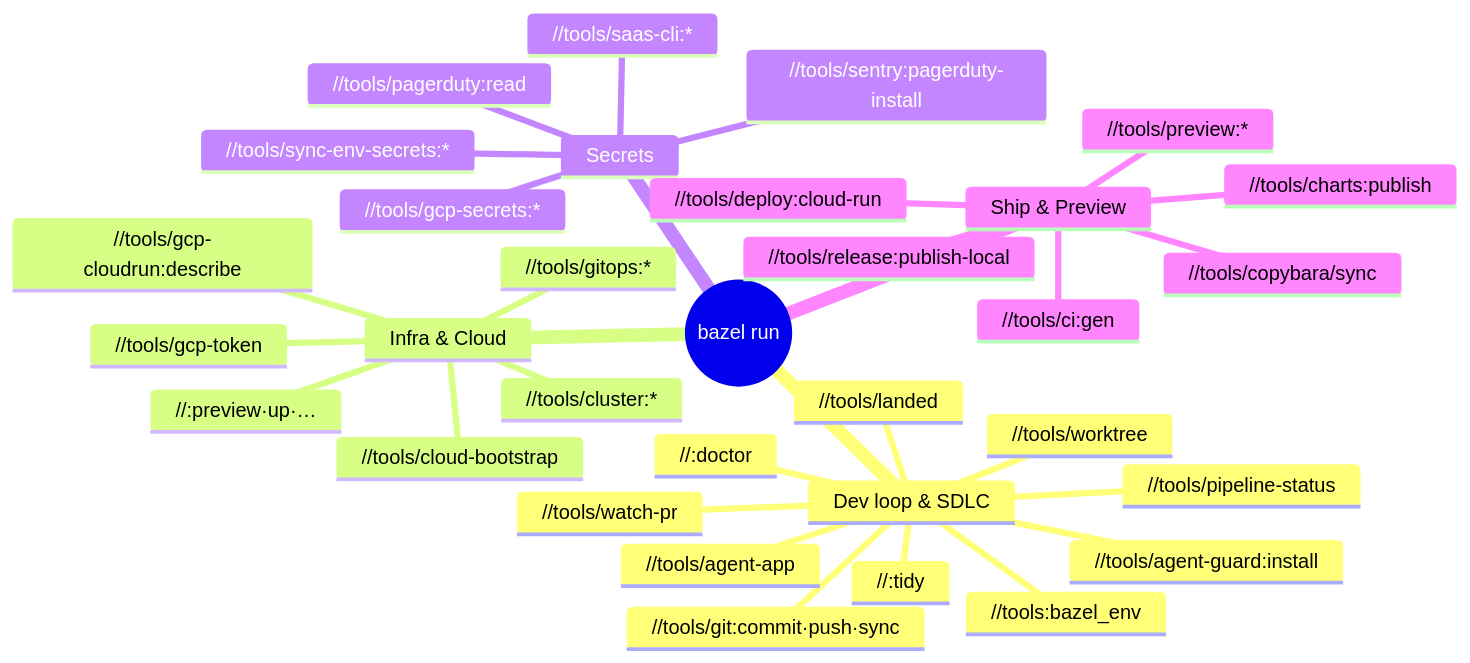
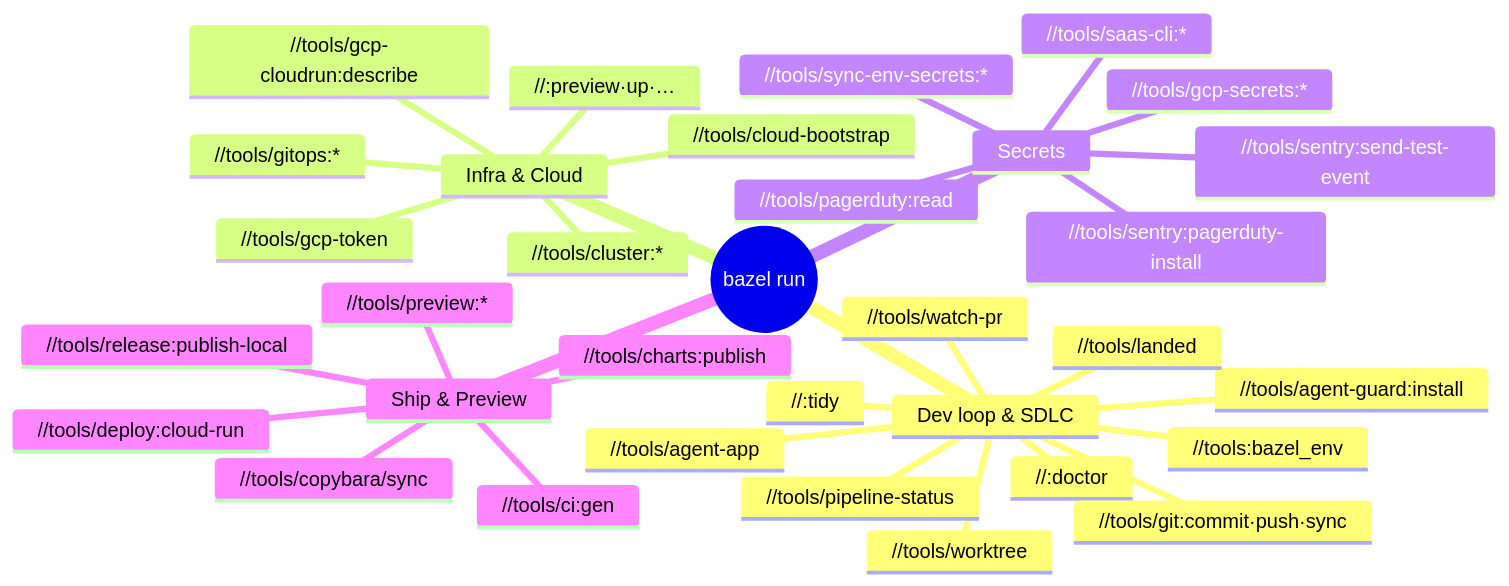
One commit to VitruvianSoftware/vitruvian-core changed the diagram in docs/reference/bazel-targets.md. Above: the diagram before and after it, drawn with Mermaid. The commit also changed other lines of this file and 8 other files, not shown here.

Commit message:
feat(sentry): add send-test-event to fire a synthetic Sentry error for alert tests

````diff
--- a/docs/reference/bazel-targets.md
+++ b/docs/reference/bazel-targets.md
@@ -11,35 +11,36 @@
 ```mermaid
 mindmap
   root((bazel run))
     Dev loop & SDLC
       //:doctor
       //tools/worktree
       //tools/git:commit·push·sync
       //tools/agent-guard:install
       //tools/agent-app
       //tools/watch-pr
       //tools/landed
       //tools/pipeline-status
       //:tidy
       //tools:bazel_env
     Infra & Cloud
       //<pulumi project>:preview·up·…
       //tools/gcp-token
       //tools/gcp-cloudrun:describe
       //tools/cloud-bootstrap
       //tools/gitops:*
       //tools/cluster:*
     Secrets
       //tools/gcp-secrets:*
       //tools/sync-env-secrets:*
       //tools/saas-cli:*
       //tools/sentry:pagerduty-install
+      //tools/sentry:send-test-event
       //tools/pagerduty:read
     Ship & Preview
       //tools/ci:gen
       //tools/deploy:cloud-run
       //tools/preview:*
       //tools/charts:publish
       //tools/release:publish-local
       //tools/copybara/sync
 ```
````
